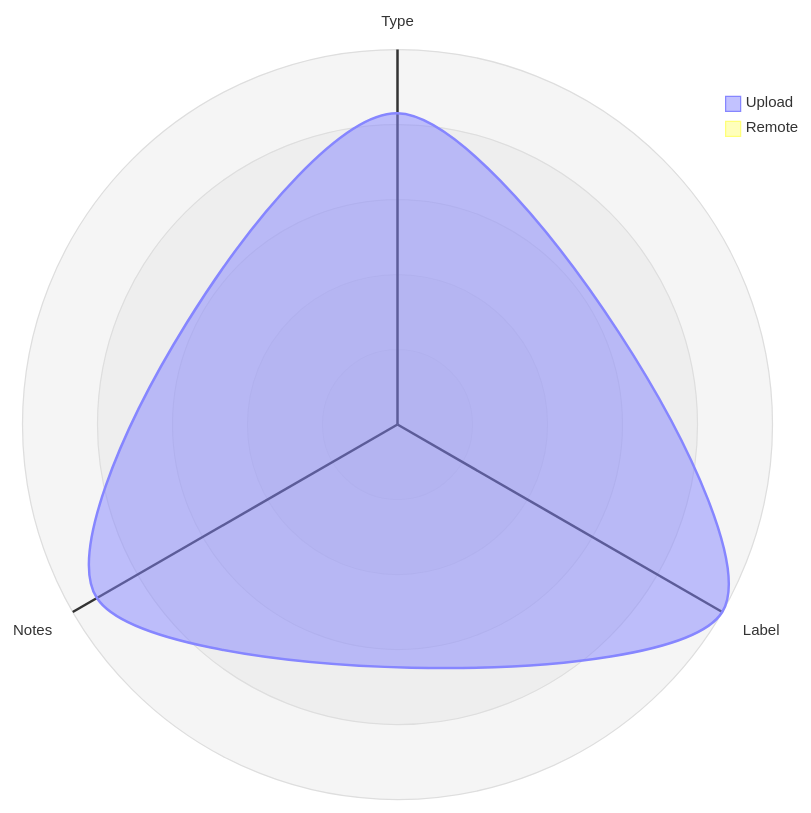
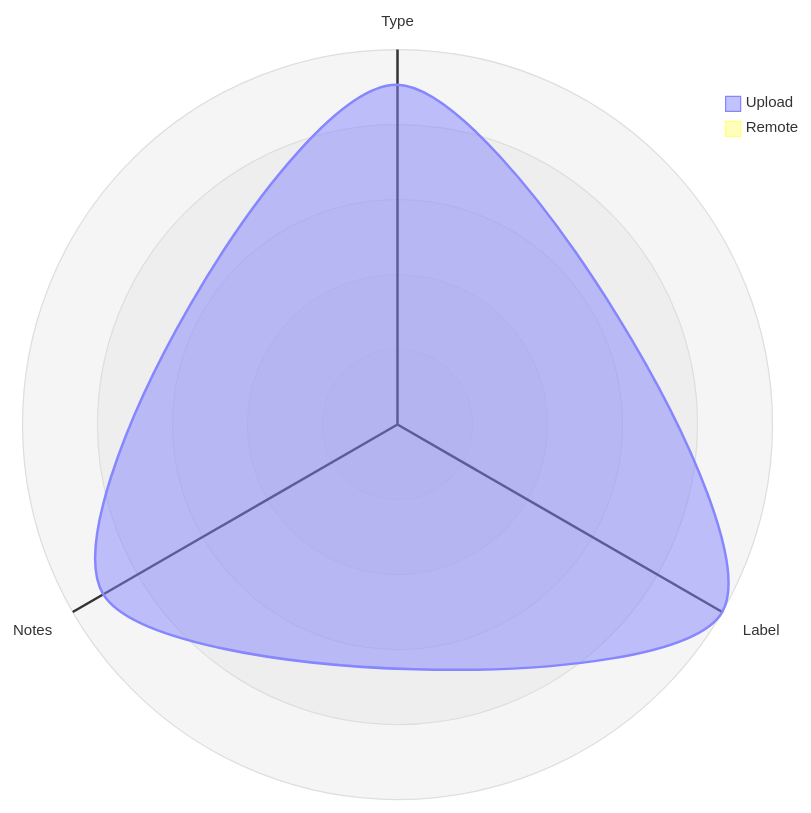
Before and after one commit to open-data/analytics-corporate-reporting: the third of 5 diagrams in datastore_tracker/README.md, drawn with Mermaid. The commit also changed other lines of this file and 11 other files, not shown here.

````diff
--- a/datastore_tracker/README.md
+++ b/datastore_tracker/README.md
@@ -105,12 +105,12 @@
 ```mermaid
 radar-beta
   axis T["Type"], L["Label"], N["Notes"]
-  curve u["Upload"]{0.00078, 0.00094, 0.00087}
+  curve u["Upload"]{0.00077, 0.00085, 0.00077}
   curve r["Remote"]{0, 0, 0}
 
   showLegend true
 
   min 0
   graticule circle
   ticks 5
 ```
````
